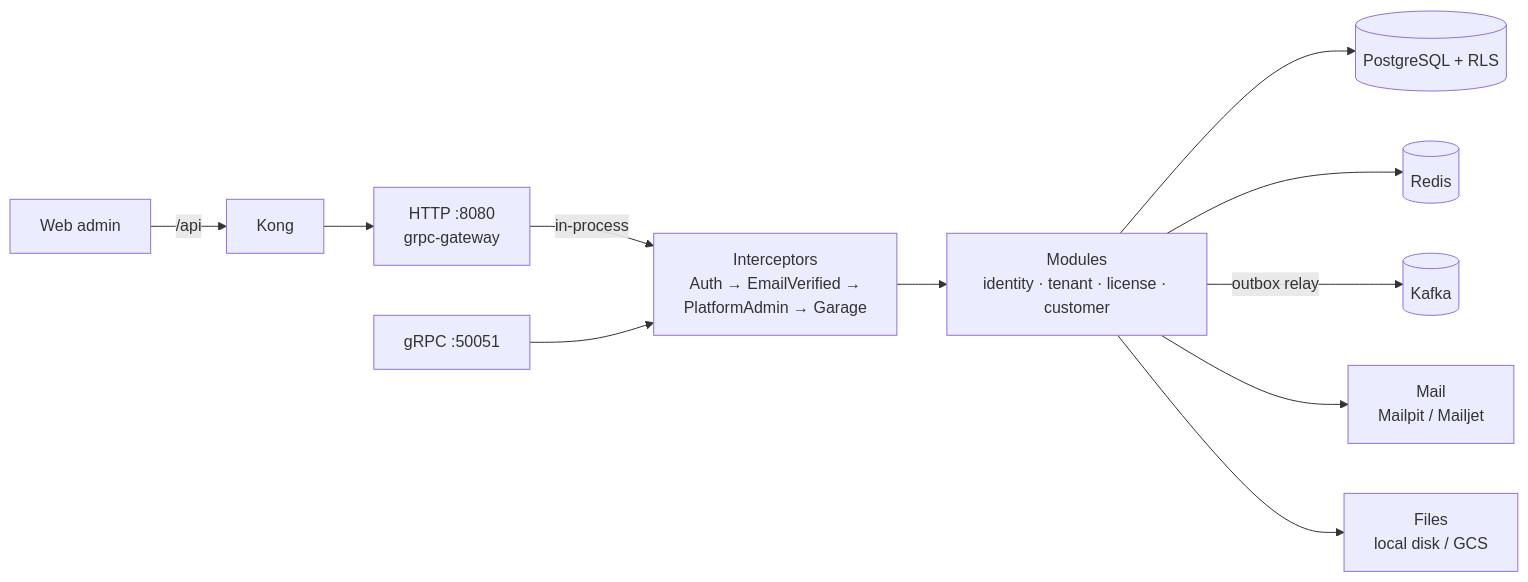
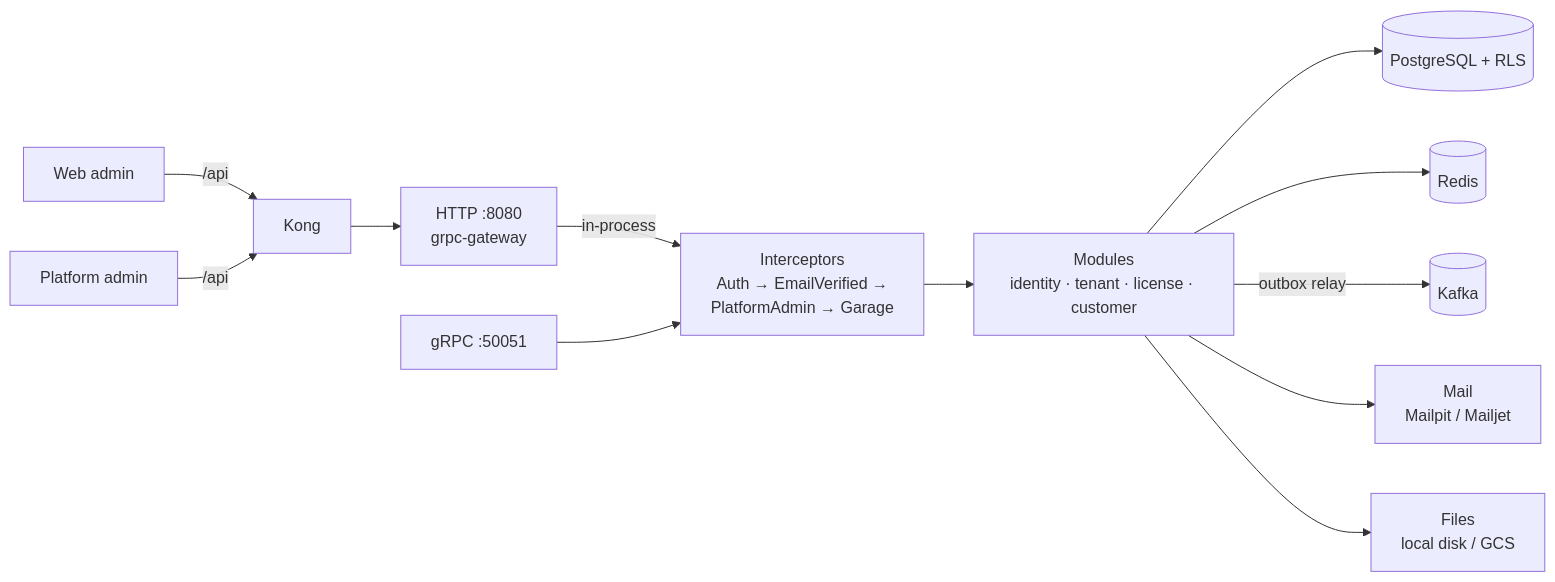
The diagram in README.md (viettechno/vietgara-backend), drawn with Mermaid before and after one commit. The commit also changed other lines of this file and 5 other files, not shown here.

First line of the commit message:
build: add the platform admin to Compose, Kong and make docker-* (#8)

````diff
--- a/README.md
+++ b/README.md
@@ -11,13 +13,14 @@
 ```mermaid
 flowchart LR
   W[Web admin] -->|/api| K[Kong]
+  P[Platform admin] -->|/api| K
   K --> H["HTTP :8080<br/>grpc-gateway"]
   H -->|in-process| I["Interceptors<br/>Auth → EmailVerified →<br/>PlatformAdmin → Garage"]
   G["gRPC :50051"] --> I
   I --> M["Modules<br/>identity · tenant · license · customer"]
   M --> PG[(PostgreSQL + RLS)]
   M --> R[(Redis)]
   M -->|outbox relay| KF[(Kafka)]
   M --> MAIL["Mail<br/>Mailpit / Mailjet"]
   M --> ST["Files<br/>local disk / GCS"]
 ```
````
